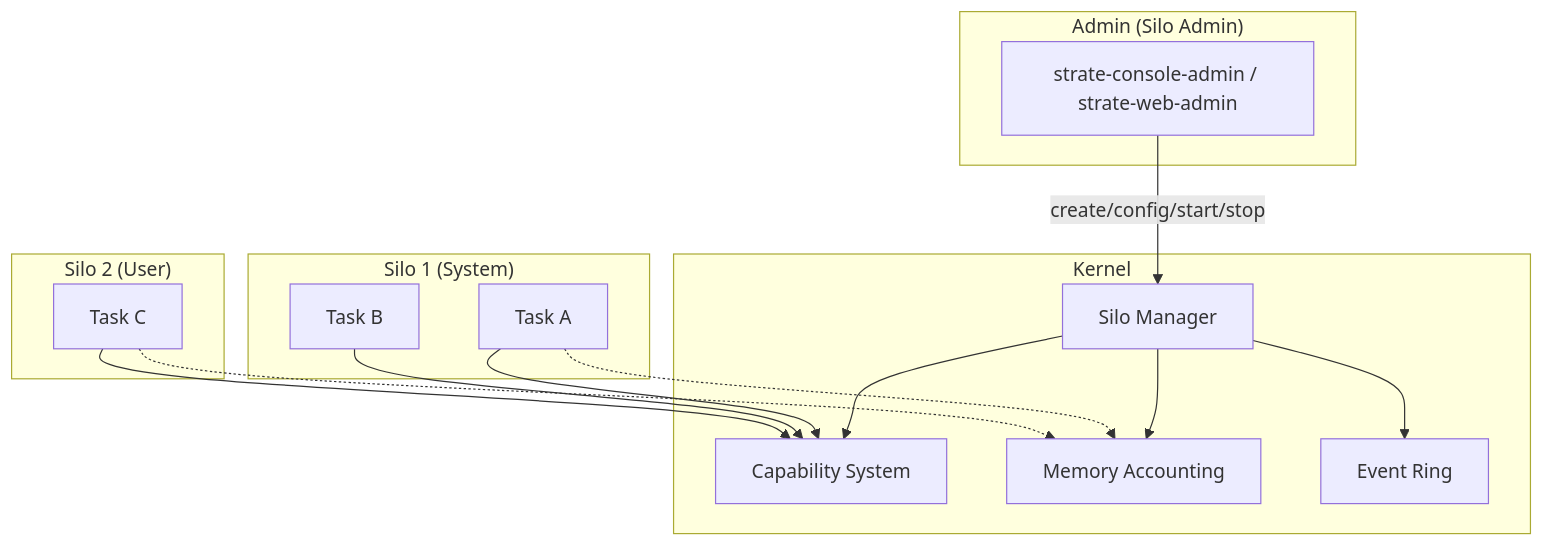
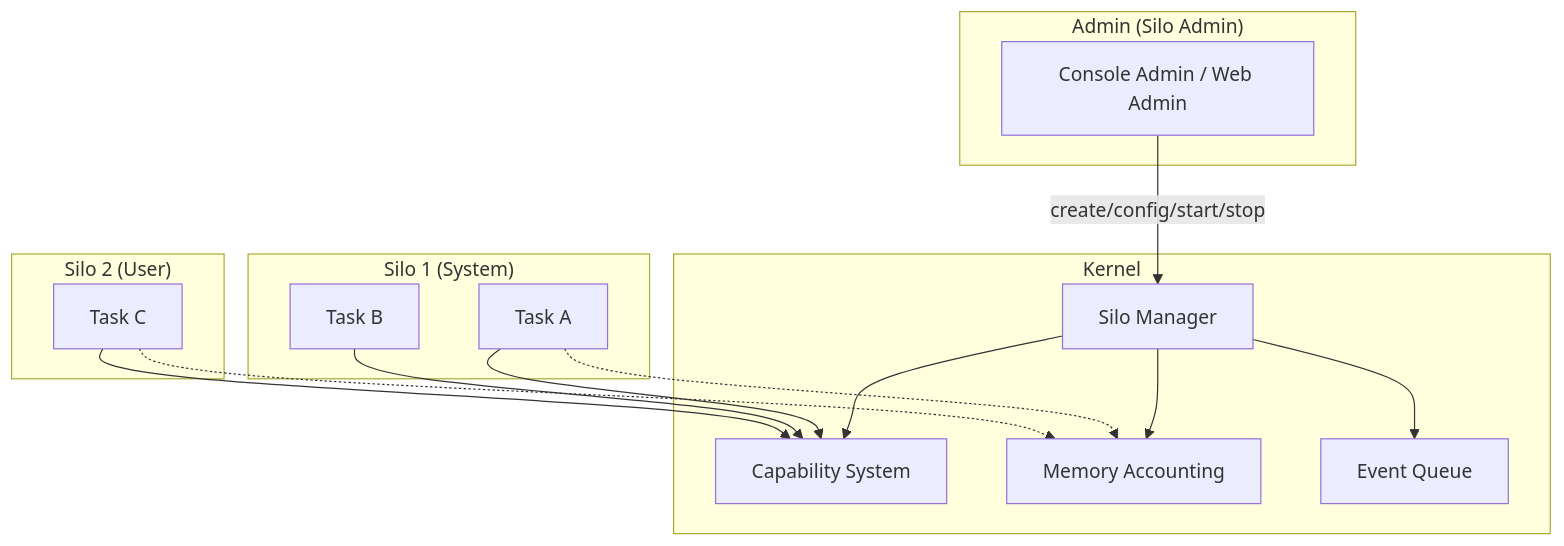
The first of 2 diagrams in docs-site/src/silo.md (ggielly/strat9-os), drawn with Mermaid before and after one commit. The commit also changed other lines of this file and 23 other files, not shown here.

````diff
--- a/docs-site/src/silo.md
+++ b/docs-site/src/silo.md
@@ -11,32 +9,32 @@
 ```mermaid
 graph TB
     subgraph "Admin (Silo Admin)"
-        ADMIN[strate-console-admin / strate-web-admin]
+        ADMIN[Console Admin / Web Admin]
     end
 
     subgraph "Kernel"
         SM[Silo Manager]
         CAP[Capability System]
         MEM[Memory Accounting]
-        EV[Event Ring]
+        EV[Event Queue]
     end
 
     subgraph "Silo 1 (System)"
         T1[Task A]
         T2[Task B]
     end
 
     subgraph "Silo 2 (User)"
         T3[Task C]
     end
 
     ADMIN -->|create/config/start/stop| SM
     SM --> CAP
     SM --> MEM
     SM --> EV
     T1 --> CAP
     T2 --> CAP
     T3 --> CAP
     T1 -.-> MEM
     T3 -.-> MEM
 ```
````
